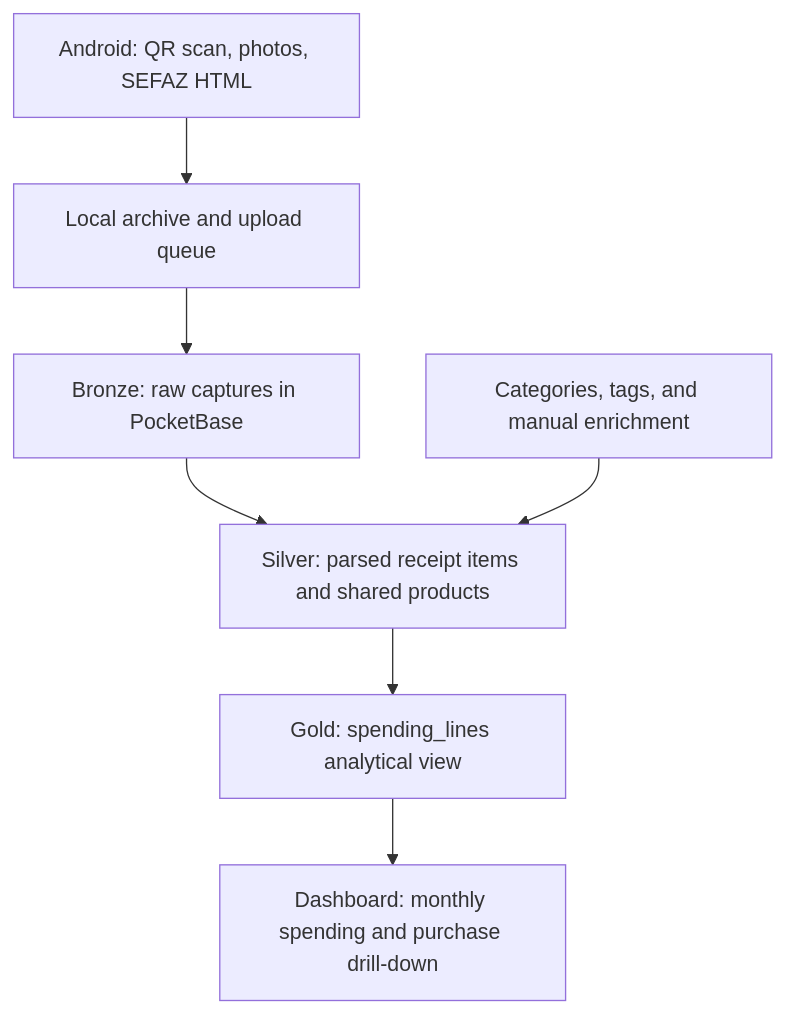
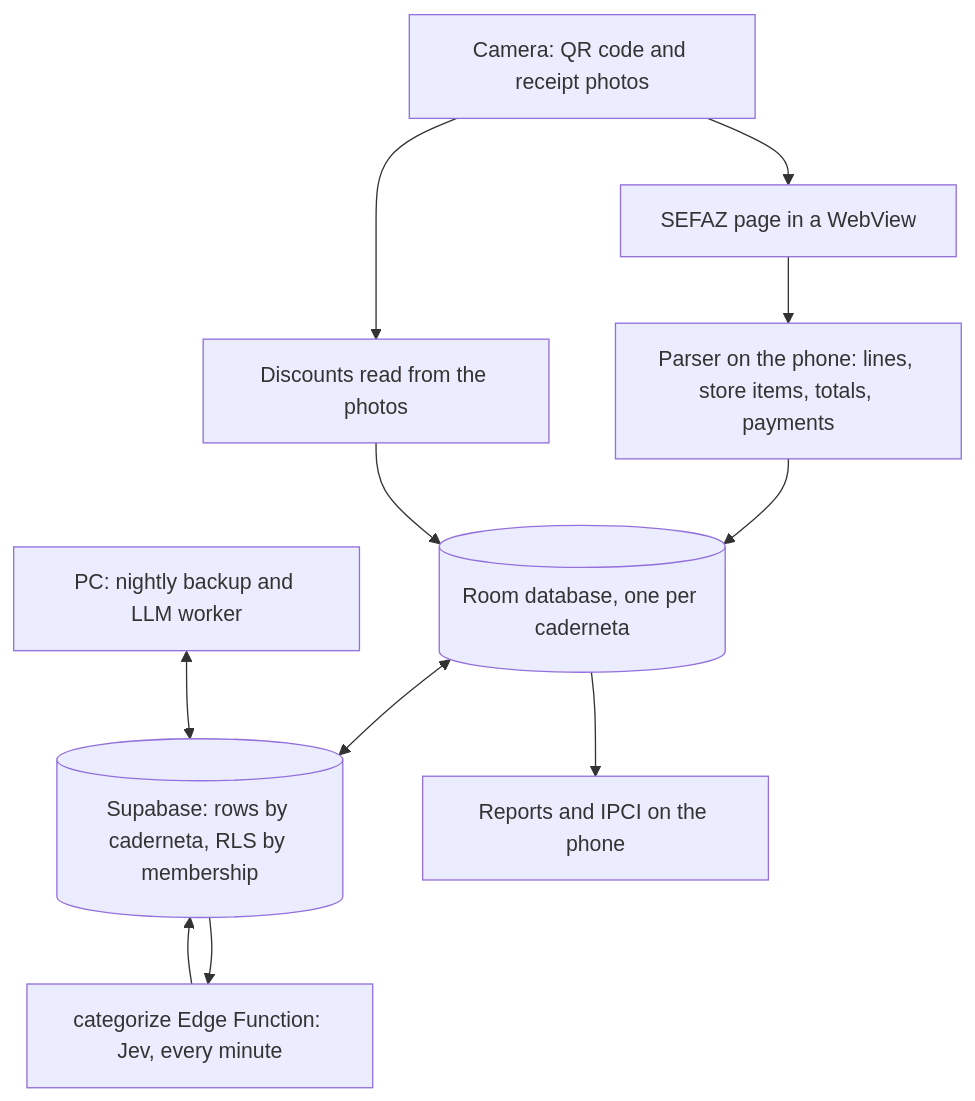
One commit to SandroRoque/getNF changed the diagram in docs/architecture.md. Above: the diagram before and after it, drawn with Mermaid. The commit also changed other lines of this file and 19 other files, not shown here.

````diff
--- a/docs/architecture.md
+++ b/docs/architecture.md
@@ -9,9 +9,13 @@
 ```mermaid
 flowchart TD
-    A[Android: QR scan, photos, SEFAZ HTML] --> B[Local archive and upload queue]
-    B --> C[Bronze: raw captures in PocketBase]
-    C --> D[Silver: parsed receipt items and shared products]
-    E[Categories, tags, and manual enrichment] --> D
-    D --> F[Gold: spending_lines analytical view]
-    F --> G[Dashboard: monthly spending and purchase drill-down]
+    A[Camera: QR code and receipt photos] --> B[SEFAZ page in a WebView]
+    B --> C[Parser on the phone: lines, store items, totals, payments]
+    A --> D[Discounts read from the photos]
+    C --> E[(Room database, one per caderneta)]
+    D --> E
+    E <--> F[(Supabase: rows by caderneta, RLS by membership)]
+    F --> G[categorize Edge Function: Jev, every minute]
+    G --> F
+    H[PC: nightly backup and LLM worker] <--> F
+    E --> I[Reports and IPCI on the phone]
 ```
````
